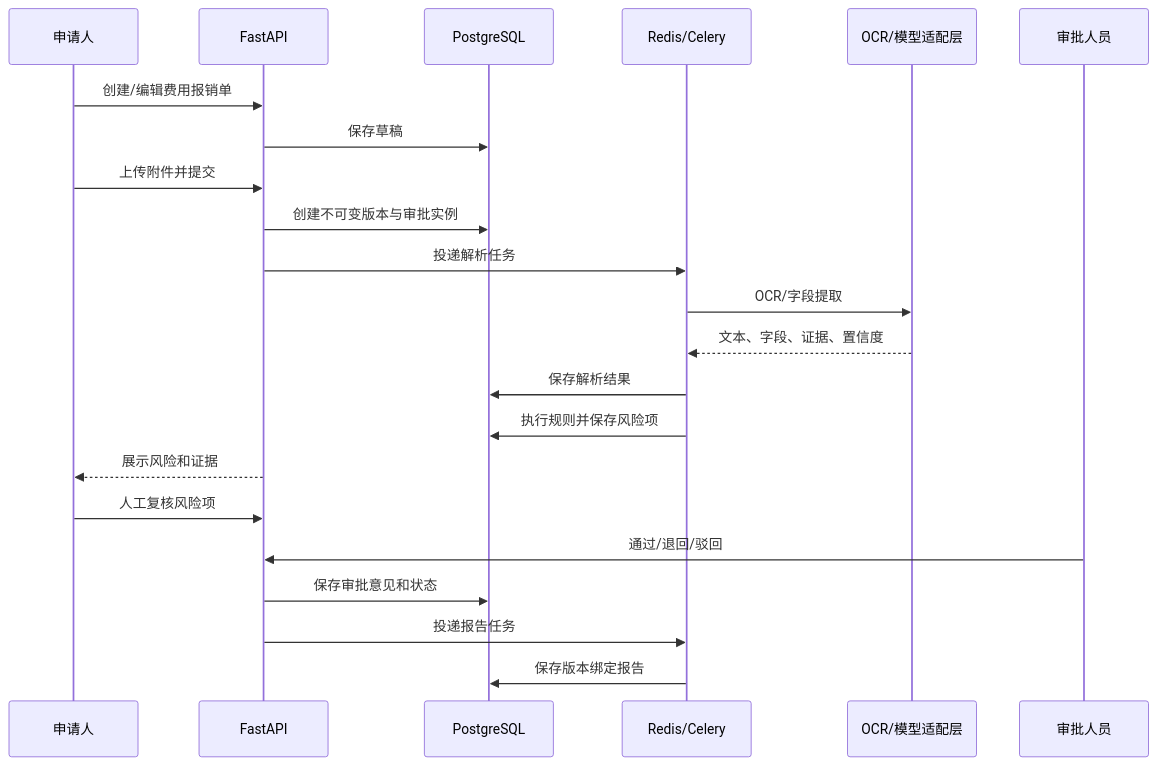
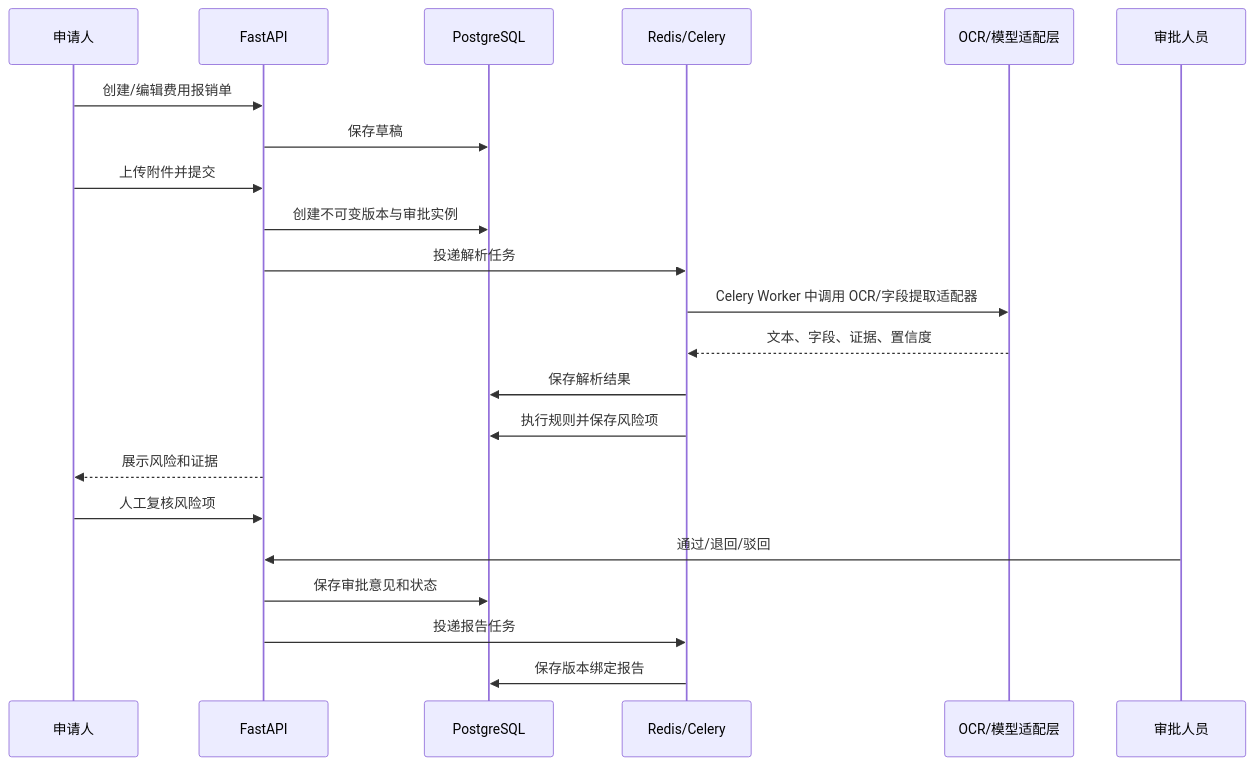
Before and after one commit to JLzzz994/ai_financial_risk_review_system: the second of 4 diagrams in 财务评审文档/02-概要设计/02-概要设计总纲.md, drawn with Mermaid. The commit also changed other lines of this file, not shown here.

````diff
--- a/财务评审文档/02-概要设计/02-概要设计总纲.md
+++ b/财务评审文档/02-概要设计/02-概要设计总纲.md
@@ -82,24 +83,24 @@
 ```mermaid
 sequenceDiagram
   participant U as 申请人
   participant API as FastAPI
   participant DB as PostgreSQL
   participant Q as Redis/Celery
   participant AI as OCR/模型适配层
   participant A as 审批人员
   U->>API: 创建/编辑费用报销单
   API->>DB: 保存草稿
   U->>API: 上传附件并提交
   API->>DB: 创建不可变版本与审批实例
   API->>Q: 投递解析任务
-  Q->>AI: OCR/字段提取
+  Q->>AI: Celery Worker 中调用 OCR/字段提取适配器
   AI-->>Q: 文本、字段、证据、置信度
   Q->>DB: 保存解析结果
   Q->>DB: 执行规则并保存风险项
   API-->>U: 展示风险和证据
   U->>API: 人工复核风险项
   A->>API: 通过/退回/驳回
   API->>DB: 保存审批意见和状态
   API->>Q: 投递报告任务
   Q->>DB: 保存版本绑定报告
 ```
````
